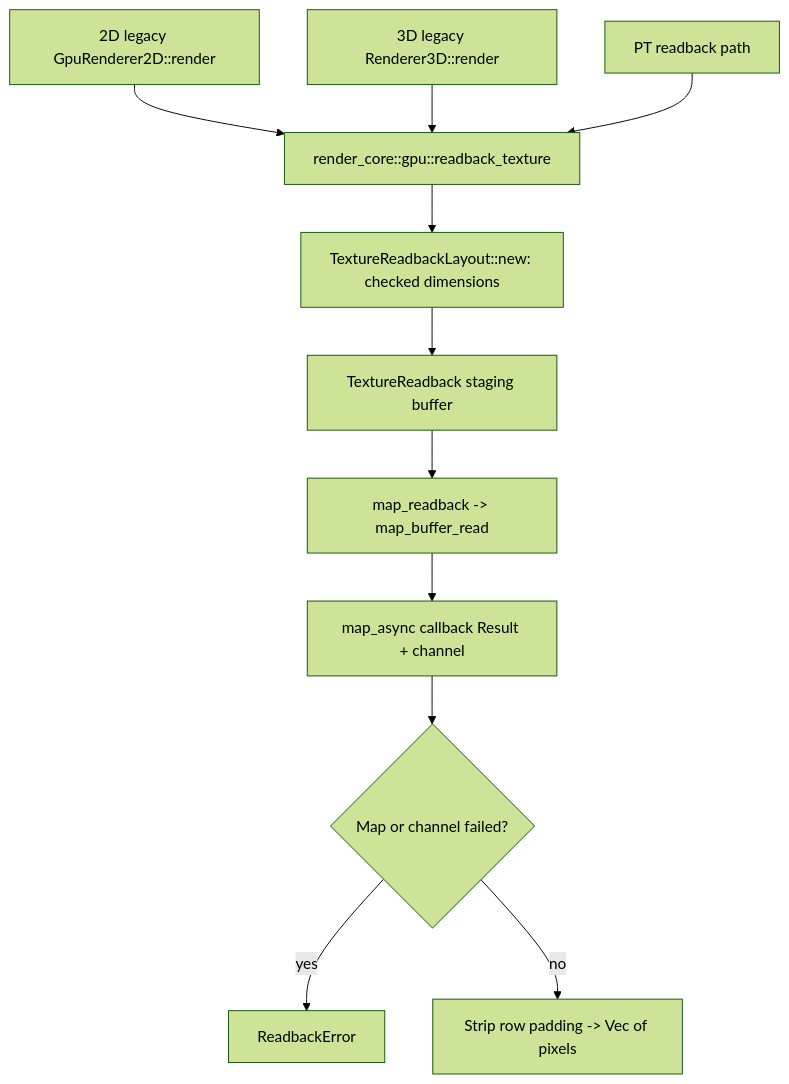
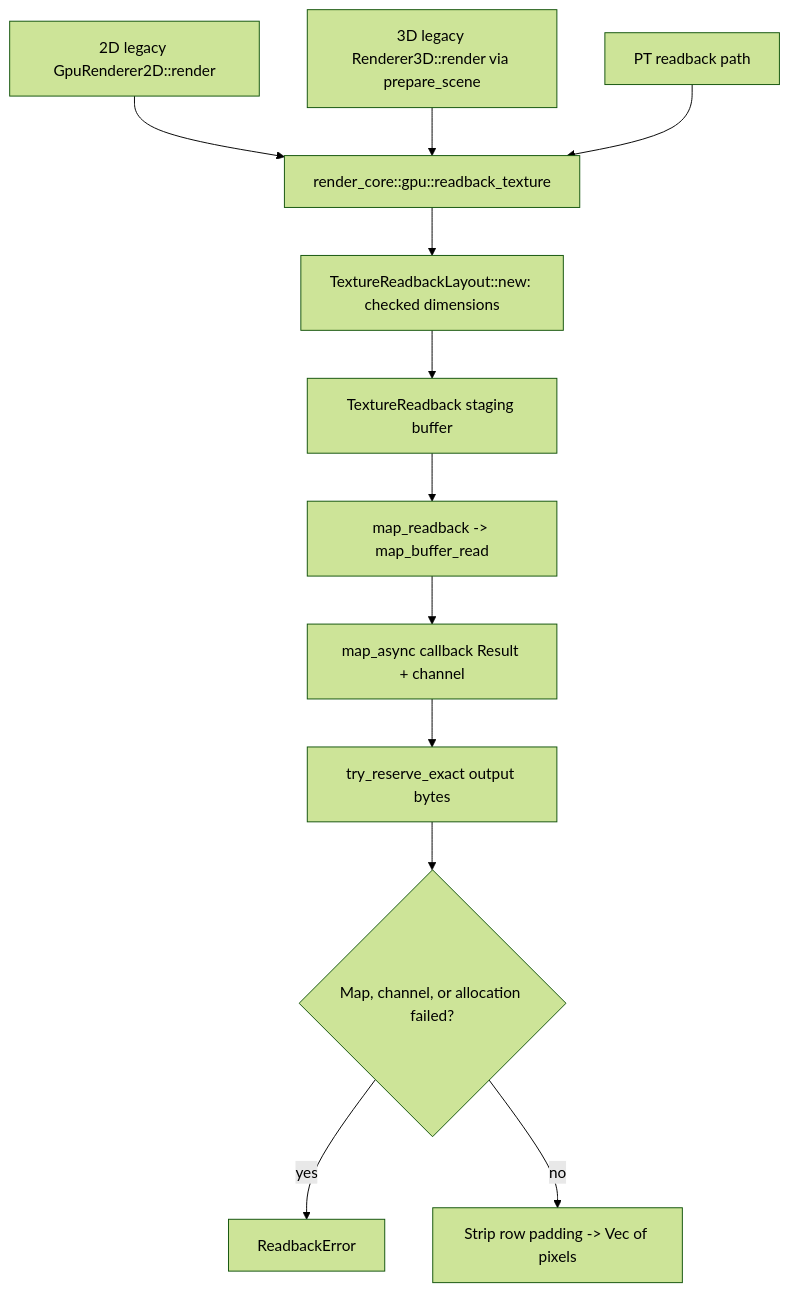
Before and after one commit to ssoj13/squarebob-rs: the fifth of 7 diagrams in DIAGRAMS.md, drawn with Mermaid (forest theme). The commit also changed other lines of this file and 26 other files, not shown here.

````diff
--- a/DIAGRAMS.md
+++ b/DIAGRAMS.md
@@ -83,13 +113,14 @@
 ```mermaid
 flowchart TD
     T2D["2D legacy GpuRenderer2D::render"] --> Copy["render_core::gpu::readback_texture"]
-    R3D["3D legacy Renderer3D::render"] --> Copy
+    R3D["3D legacy Renderer3D::render via prepare_scene"] --> Copy
     PT["PT readback path"] --> Copy
     Copy --> Layout["TextureReadbackLayout::new: checked dimensions"]
     Layout --> Stage["TextureReadback staging buffer"]
     Stage --> Map["map_readback -> map_buffer_read"]
     Map --> Callback["map_async callback Result + channel"]
-    Callback --> Error{"Map or channel failed?"}
+    Callback --> Reserve["try_reserve_exact output bytes"]
+    Reserve --> Error{"Map, channel, or allocation failed?"}
     Error -->|yes| ResultErr["ReadbackError"]
     Error -->|no| Pixels["Strip row padding -> Vec of pixels"]
 ```
````
